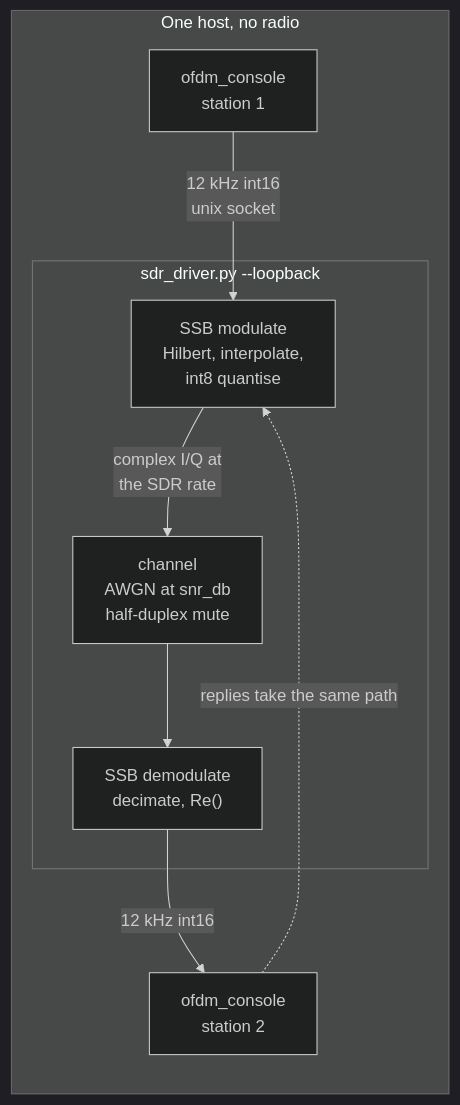
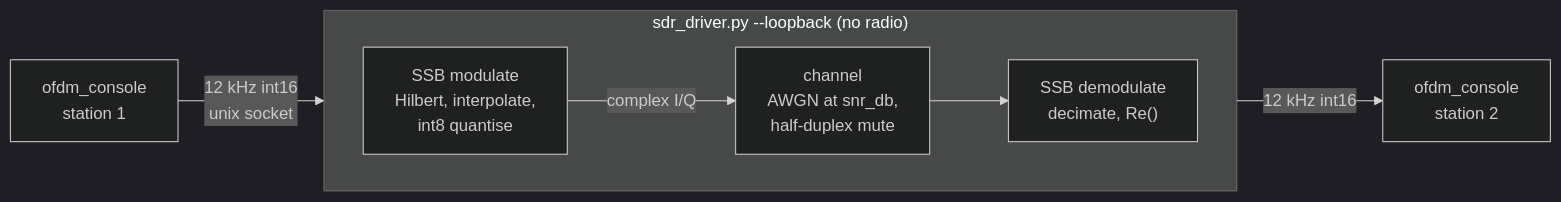
The diagram in technical-report/images/sdr_setup_loopback.mmd (phoenix367/ham_ofdm_transceiver), drawn with Mermaid (dark theme) before and after one commit. The commit also changed 6 other files, not shown here.

First line of the commit message:
report: lay the two setup diagrams out horizontally

```diff
--- a/technical-report/images/sdr_setup_loopback.mmd
+++ b/technical-report/images/sdr_setup_loopback.mmd
@@ -1,15 +1,12 @@
 flowchart LR
-    subgraph HOST["One host, no radio"]
-        A1["ofdm_console<br/>station 1"]
-        subgraph DRV["sdr_driver.py --loopback"]
-            M1["SSB modulate<br/>Hilbert, interpolate,<br/>int8 quantise"]
-            CH["channel<br/>AWGN at snr_db<br/>half-duplex mute"]
-            D1["SSB demodulate<br/>decimate, Re()"]
-        end
-        A2["ofdm_console<br/>station 2"]
+    A1["ofdm_console<br/>station 1"]
+    subgraph DRV["sdr_driver.py --loopback  (no radio)"]
+        direction LR
+        M1["SSB modulate<br/>Hilbert, interpolate,<br/>int8 quantise"]
+        CH["channel<br/>AWGN at snr_db,<br/>half-duplex mute"]
+        D1["SSB demodulate<br/>decimate, Re()"]
+        M1 -->|"complex I/Q"| CH --> D1
     end
+    A2["ofdm_console<br/>station 2"]
     A1 -->|"12 kHz int16<br/>unix socket"| M1
-    M1 -->|"complex I/Q at<br/>the SDR rate"| CH
-    CH --> D1
     D1 -->|"12 kHz int16"| A2
-    A2 -.->|"replies take the same path"| M1
```
